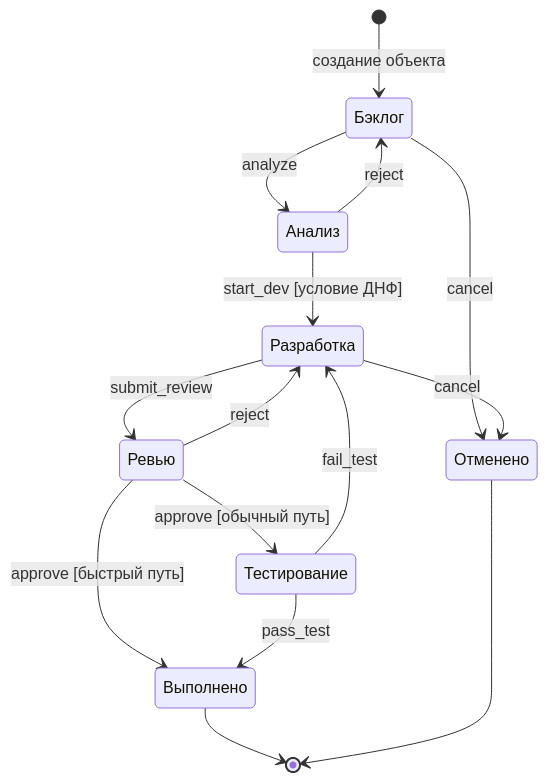
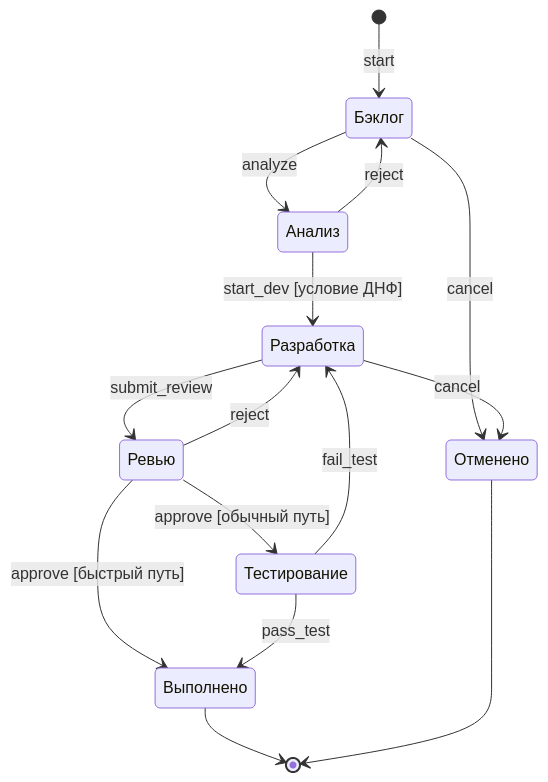
The second of 4 diagrams in README.md (AntonMikityuk/MOiPIS-Labs), drawn with Mermaid before and after one commit. The commit also changed other lines of this file and 12 other files, not shown here.

````diff
--- a/README.md
+++ b/README.md
@@ -268,25 +297,25 @@
 ```mermaid
 stateDiagram-v2
     state "Бэклог" as backlog
     state "Анализ" as analysis
     state "Разработка" as development
     state "Ревью" as review
     state "Тестирование" as testing
     state "Выполнено" as done
     state "Отменено" as cancelled
 
-    [*] --> backlog : создание объекта
+    [*] --> backlog : start
     backlog --> analysis : analyze
     backlog --> cancelled : cancel
     analysis --> development : start_dev [условие ДНФ]
     analysis --> backlog : reject
     development --> review : submit_review
     development --> cancelled : cancel
     review --> done : approve [быстрый путь]
     review --> testing : approve [обычный путь]
     review --> development : reject
     testing --> done : pass_test
     testing --> development : fail_test
     done --> [*]
     cancelled --> [*]
 ```
````
